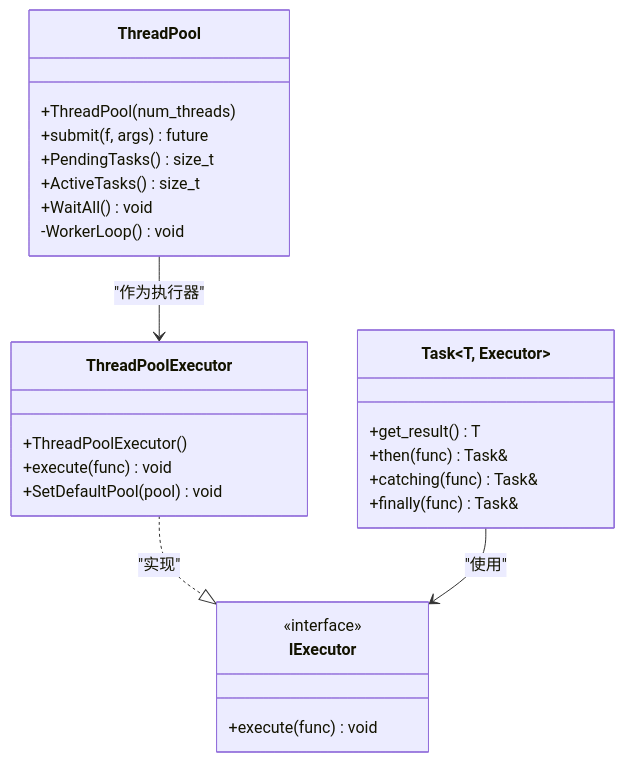
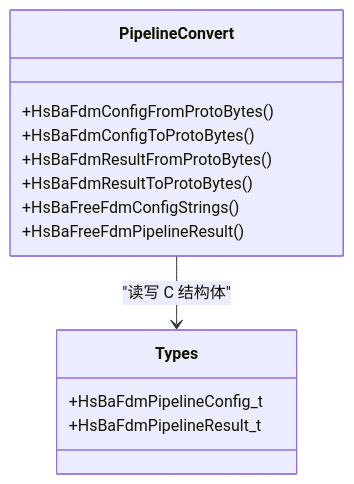
The fourth of 8 diagrams in .qoder/repowiki/zh/content/架构总览.md (hsmbanlance/HsBaSlicer), drawn with Mermaid before and after one commit. The commit also changed other lines of this file and 1095 other files, not shown here.

````diff
--- a/.qoder/repowiki/zh/content/架构总览.md
+++ b/.qoder/repowiki/zh/content/架构总览.md
@@ -293,29 +177,16 @@
 ```mermaid
 classDiagram
-class ThreadPool {
-+ThreadPool(num_threads)
-+submit(f, args) future
-+PendingTasks() size_t
-+ActiveTasks() size_t
-+WaitAll() void
--WorkerLoop() void
+class PipelineConvert {
++HsBaFdmConfigFromProtoBytes()
++HsBaFdmConfigToProtoBytes()
++HsBaFdmResultFromProtoBytes()
++HsBaFdmResultToProtoBytes()
++HsBaFreeFdmConfigStrings()
++HsBaFreeFdmPipelineResult()
 }
-class IExecutor {
-<<interface>>
-+execute(func) void
+class Types {
++HsBaFdmPipelineConfig_t
++HsBaFdmPipelineResult_t
 }
-class ThreadPoolExecutor {
-+ThreadPoolExecutor()
-+execute(func) void
-+SetDefaultPool(pool) void
-}
-class Task~T, Executor~ {
-+get_result() T
-+then(func) Task&
-+catching(func) Task&
-+finally(func) Task&
-}
-ThreadPool --> ThreadPoolExecutor : "作为执行器"
-ThreadPoolExecutor ..|> IExecutor : "实现"
-Task~T, Executor~ --> IExecutor : "使用"
+PipelineConvert --> Types : "读写 C 结构体"
 ```
````
